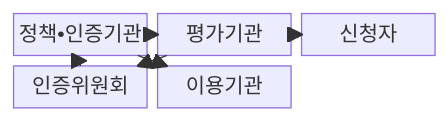
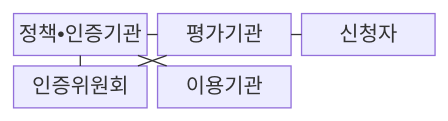
The first of 2 diagrams in src/content/docs/notes/05-security/075_csap.md (agnusdei1207/knowledge-base), drawn with Mermaid before and after one commit. The commit also changed other lines of this file and 493 other files, not shown here.

````diff
--- a/src/content/docs/notes/05-security/075_csap.md
+++ b/src/content/docs/notes/05-security/075_csap.md
@@ -63,14 +63,14 @@
 ```mermaid
 block-beta
   columns 3
   A["정책•인증기관"]
   B["평가기관"]
   C["신청자"]
   D["인증위원회"]
   E["이용기관"]
-  A --> B
-  C --> B
-  B --> D
-  D --> A
-  A --> E
+  A --- B
+  C --- B
+  B --- D
+  D --- A
+  A --- E
 ```
````
